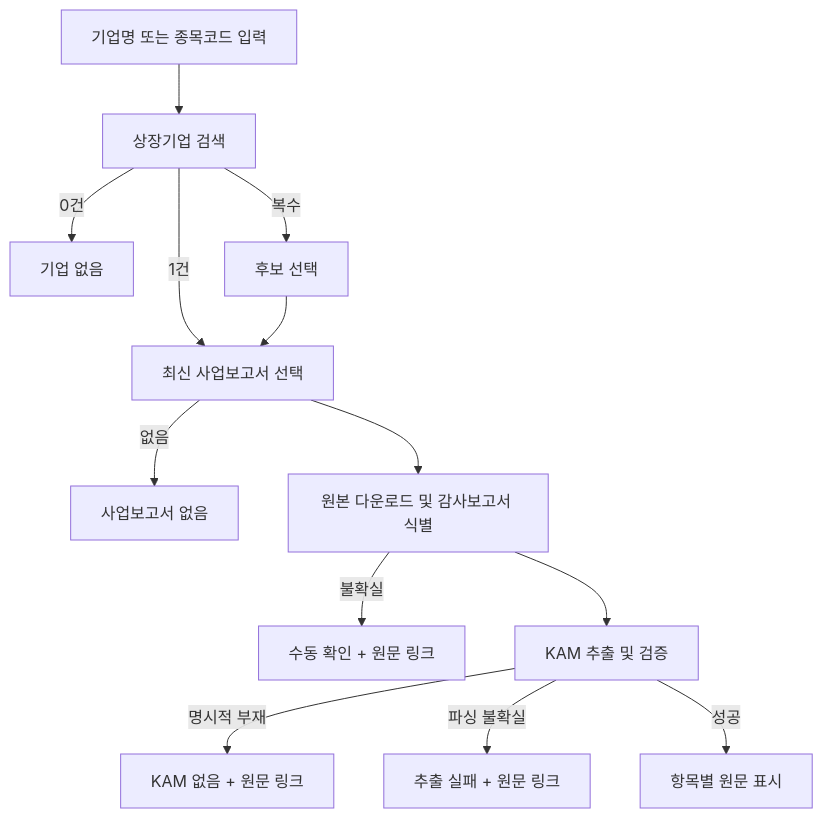
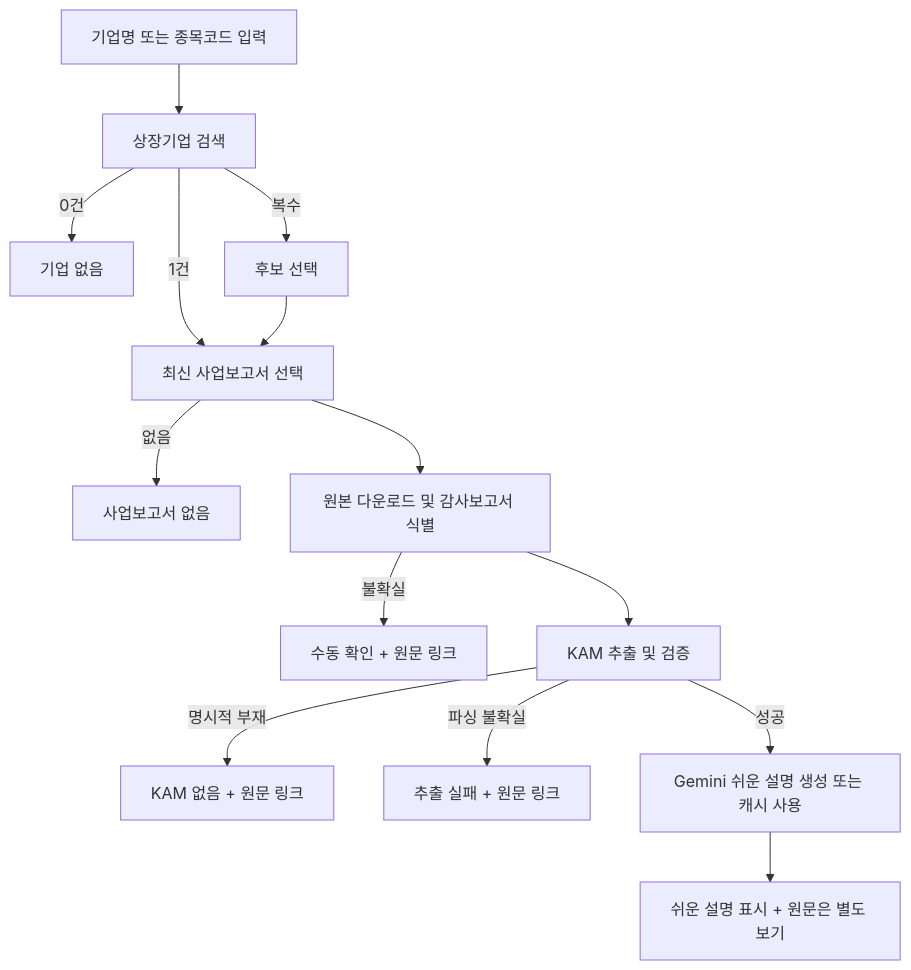
Before and after one commit to jekim0725/ForCPA: the diagram in docs/dart-kam-prd.md, drawn with Mermaid. The commit also changed other lines of this file and 6 other files, not shown here.

````diff
--- a/docs/dart-kam-prd.md
+++ b/docs/dart-kam-prd.md
@@ -234,15 +234,16 @@
 ```mermaid
 flowchart TD
     A["기업명 또는 종목코드 입력"] --> B["상장기업 검색"]
     B -->|"0건"| X1["기업 없음"]
     B -->|"복수"| C["후보 선택"]
     B -->|"1건"| D["최신 사업보고서 선택"]
     C --> D
     D -->|"없음"| X2["사업보고서 없음"]
     D --> E["원본 다운로드 및 감사보고서 식별"]
     E -->|"불확실"| X3["수동 확인 + 원문 링크"]
     E --> F["KAM 추출 및 검증"]
     F -->|"명시적 부재"| X4["KAM 없음 + 원문 링크"]
     F -->|"파싱 불확실"| X5["추출 실패 + 원문 링크"]
-    F -->|"성공"| G["항목별 원문 표시"]
+    F -->|"성공"| G["Gemini 쉬운 설명 생성 또는 캐시 사용"]
+    G --> H["쉬운 설명 표시 + 원문은 별도 보기"]
 ```
````
